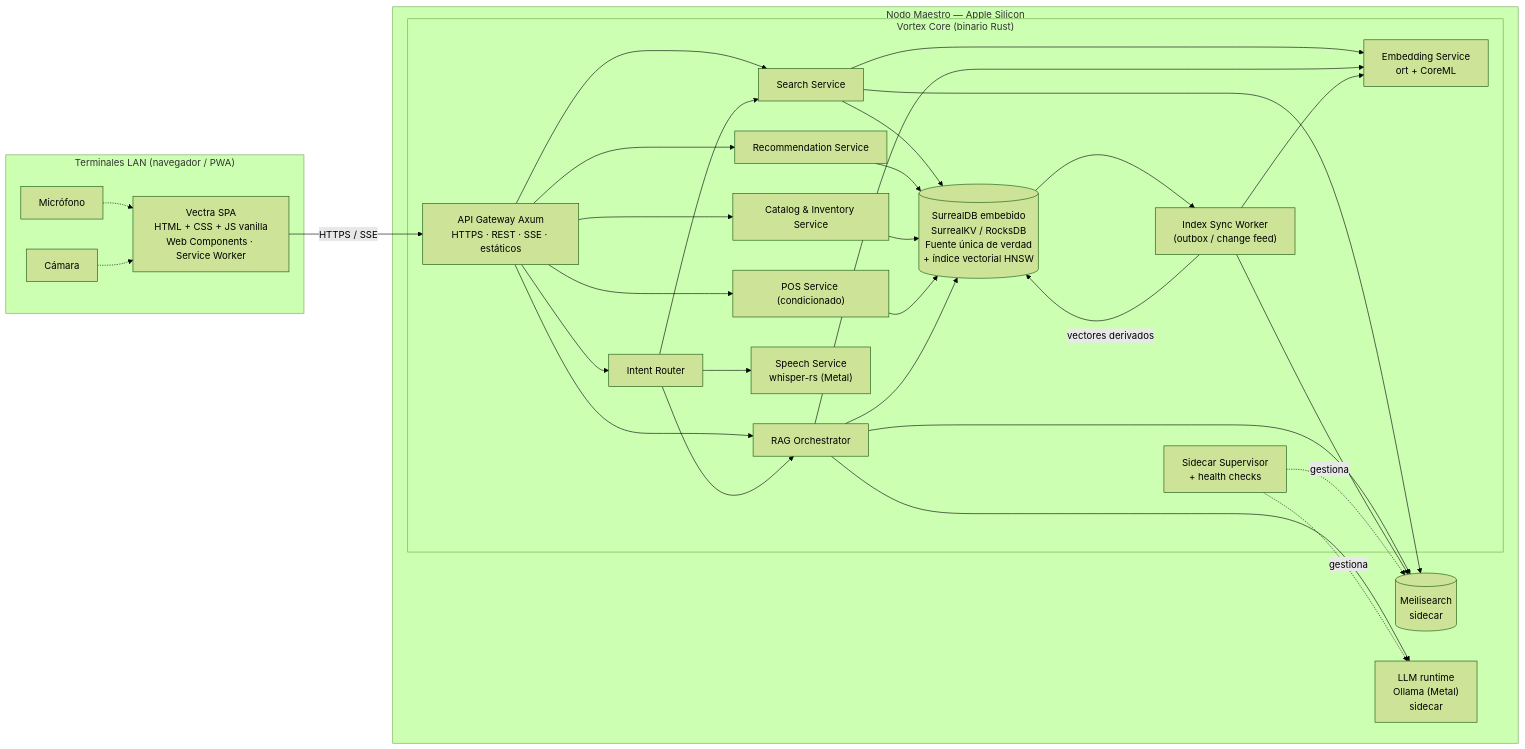
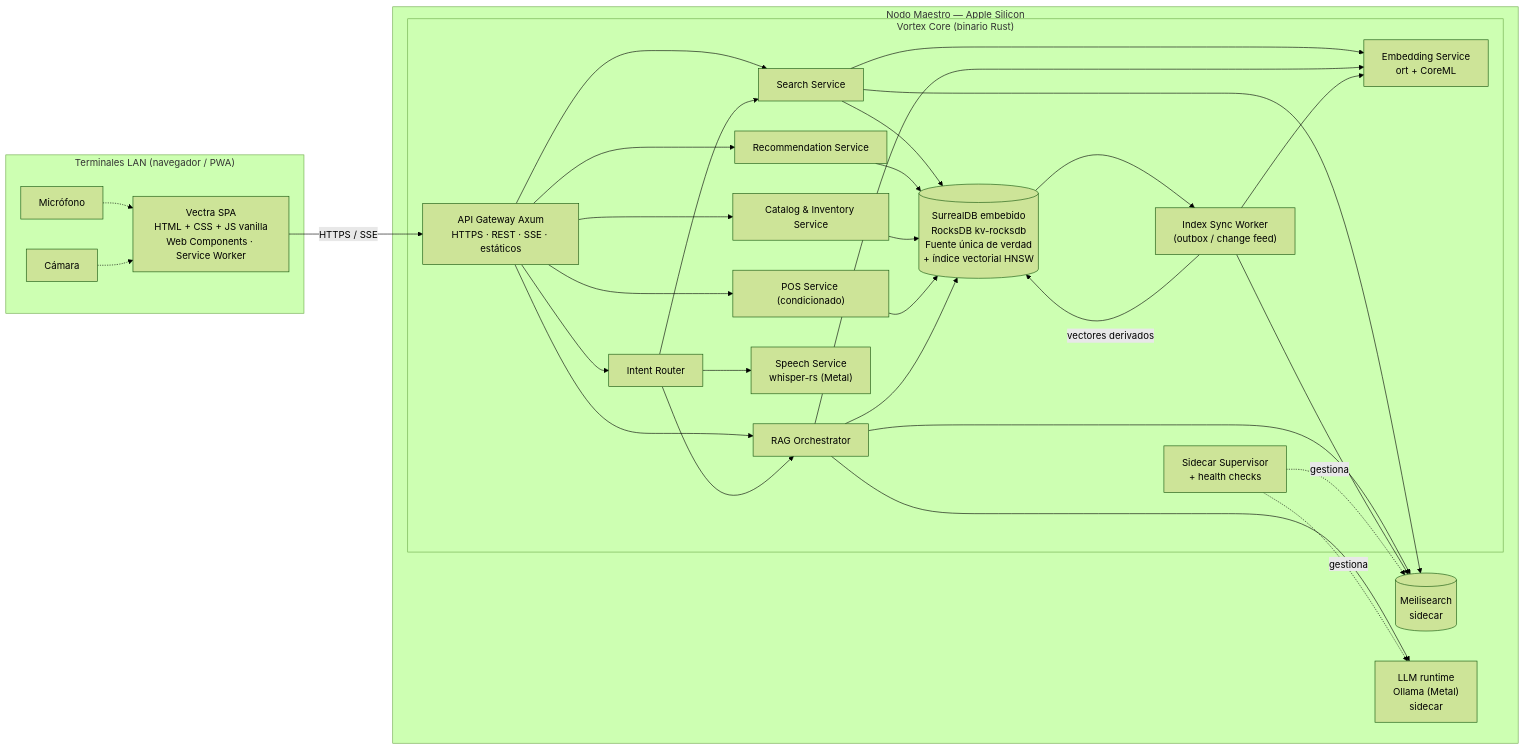
Before and after one commit to diegopablomansilla/AI4Devs-finalproject: the first of 2 diagrams in docs/3-componentes.md, drawn with Mermaid (forest theme). The commit also changed other lines of this file and 8 other files, not shown here.

First line of the commit message:
docs: close adopted decisions and enrich ER diagram for LIDR step 2

````diff
--- a/docs/3-componentes.md
+++ b/docs/3-componentes.md
@@ -28,47 +28,47 @@
 ```mermaid
 flowchart LR
   subgraph T["Terminales LAN (navegador / PWA)"]
     UI["Vectra SPA<br/>HTML + CSS + JS vanilla<br/>Web Components · Service Worker"]
     MIC["Micrófono"]
     CAM["Cámara"]
   end
 
   subgraph N["Nodo Maestro — Apple Silicon"]
     subgraph VC["Vortex Core (binario Rust)"]
       GW["API Gateway Axum<br/>HTTPS · REST · SSE · estáticos"]
       SRCH["Search Service"]
       REC["Recommendation Service"]
       CAT["Catalog & Inventory Service"]
       POS["POS Service (condicionado)"]
       ROUTER["Intent Router"]
       STT["Speech Service<br/>whisper-rs (Metal)"]
       EMB["Embedding Service<br/>ort + CoreML"]
       RAG["RAG Orchestrator"]
       SYNC["Index Sync Worker<br/>(outbox / change feed)"]
       SUP["Sidecar Supervisor<br/>+ health checks"]
-      DB[("SurrealDB embebido<br/>SurrealKV / RocksDB<br/>Fuente única de verdad<br/>+ índice vectorial HNSW")]
+      DB[("SurrealDB embebido<br/>RocksDB kv-rocksdb<br/>Fuente única de verdad<br/>+ índice vectorial HNSW")]
     end
     MEILI[("Meilisearch<br/>sidecar")]
     LLM["LLM runtime<br/>Ollama (Metal)<br/>sidecar"]
   end
 
   UI -- "HTTPS / SSE" --> GW
   MIC -.-> UI
   CAM -.-> UI
   GW --> SRCH & REC & CAT & POS & ROUTER & RAG
   ROUTER --> STT
   ROUTER --> SRCH
   ROUTER --> RAG
   SRCH --> MEILI
   SRCH --> DB
   SRCH --> EMB
   REC --> DB
   CAT --> DB
   POS --> DB
   RAG --> MEILI & DB & LLM & EMB
   DB --> SYNC
   SYNC --> MEILI
   SYNC --> EMB
   SYNC -- "vectores derivados" --> DB
   SUP -. gestiona .-> MEILI & LLM
 ```
````
